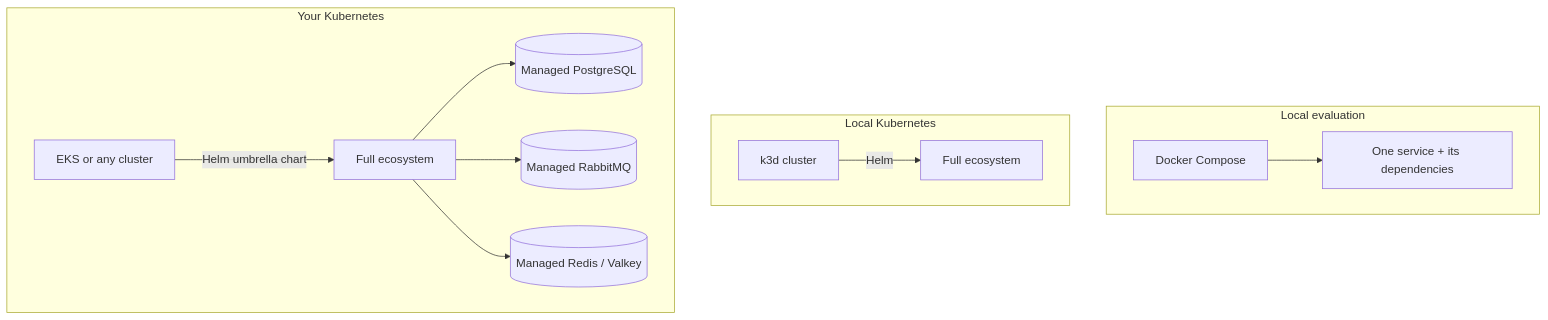
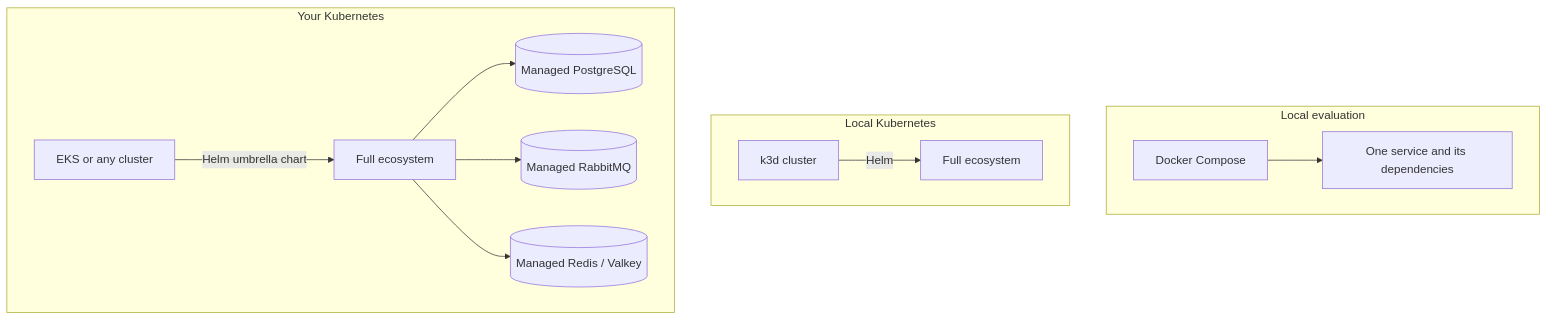
One commit to Labs64/labs64.io-docs changed the fifth of 5 diagrams in introduction/architecture.md. Above: the diagram before and after it, drawn with Mermaid. The commit also changed other lines of this file and 26 other files, not shown here.

````diff
--- a/introduction/architecture.md
+++ b/introduction/architecture.md
@@ -124,15 +124,15 @@
 ```mermaid
 flowchart TB
     subgraph local["Local evaluation"]
-        DC["Docker Compose"] --> M1["One service + its dependencies"]
+        DC["Docker Compose"] --> M1["One service and its dependencies"]
     end
     subgraph dev["Local Kubernetes"]
         K3D["k3d cluster"] -->|"Helm"| E1["Full ecosystem"]
     end
     subgraph prod["Your Kubernetes"]
         K8S["EKS or any cluster"] -->|"Helm umbrella chart"| E2["Full ecosystem"]
         E2 --> RDS[("Managed PostgreSQL")]
         E2 --> MQ2[("Managed RabbitMQ")]
         E2 --> R2[("Managed Redis / Valkey")]
     end
 ```
````
